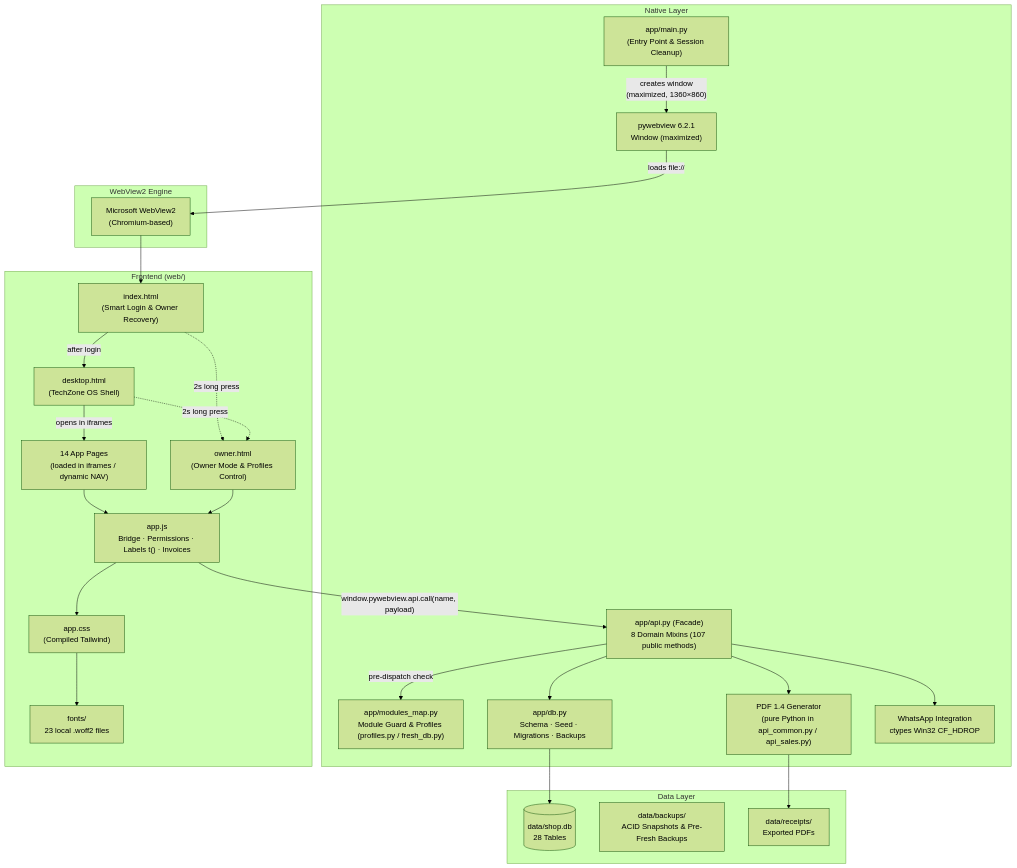
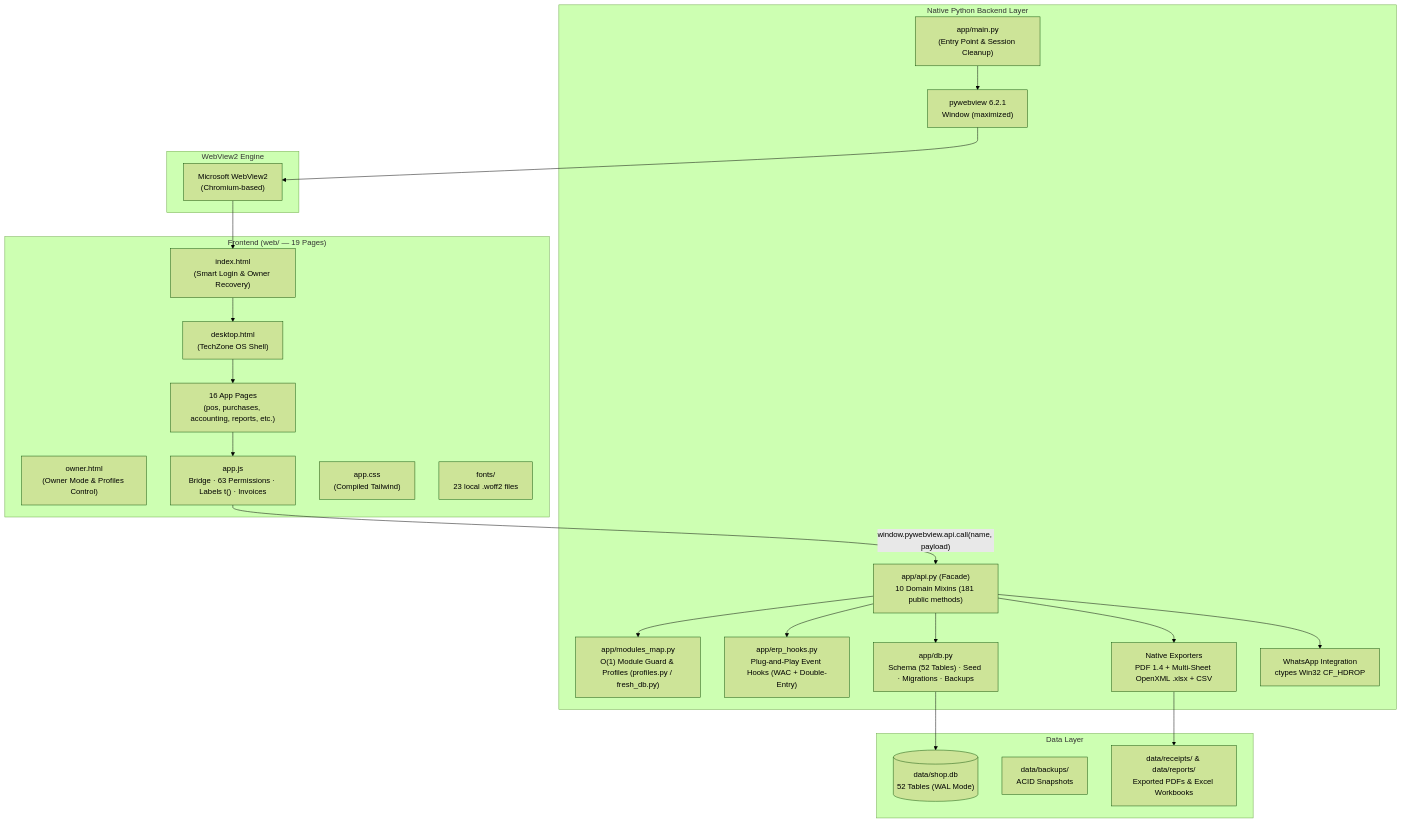
Before and after one commit to hany-hassan/TechZone-POS: the diagram in docs/ARCHITECTURE.md, drawn with Mermaid (forest theme). The commit also changed other lines of this file and 42 other files, not shown here.

Commit message:
Complete TechZone POS: customer debt ledger, vouchers, custom permissions, tax toggle, wallet ref, Egypt settings

````diff
--- a/docs/ARCHITECTURE.md
+++ b/docs/ARCHITECTURE.md
@@ -13,51 +32,41 @@
 ```mermaid
 flowchart TD
-    subgraph Native["Native Layer"]
+    subgraph Native["Native Python Backend Layer"]
         MAIN["app/main.py\n(Entry Point & Session Cleanup)"]
         PV["pywebview 6.2.1\nWindow (maximized)"]
-        API["app/api.py (Facade)\n8 Domain Mixins (107 public methods)"]
-        MODMAP["app/modules_map.py\nModule Guard & Profiles (profiles.py / fresh_db.py)"]
-        DB_MOD["app/db.py\nSchema · Seed · Migrations · Backups"]
-        PDF["PDF 1.4 Generator\n(pure Python in api_common.py / api_sales.py)"]
+        API["app/api.py (Facade)\n10 Domain Mixins (181 public methods)"]
+        MODMAP["app/modules_map.py\nO(1) Module Guard & Profiles (profiles.py / fresh_db.py)"]
+        HOOKS["app/erp_hooks.py\nPlug-and-Play Event Hooks (WAC + Double-Entry)"]
+        DB_MOD["app/db.py\nSchema (52 Tables) · Seed · Migrations · Backups"]
+        EXPORT["Native Exporters\nPDF 1.4 + Multi-Sheet OpenXML .xlsx + CSV"]
         WA["WhatsApp Integration\nctypes Win32 CF_HDROP"]
     end
 
     subgraph Engine["WebView2 Engine"]
         WV2["Microsoft WebView2\n(Chromium-based)"]
     end
 
-    subgraph Frontend["Frontend (web/)"]
+    subgraph Frontend["Frontend (web/ — 19 Pages)"]
         INDEX["index.html\n(Smart Login & Owner Recovery)"]
         DESKTOP["desktop.html\n(TechZone OS Shell)"]
         OWNER["owner.html\n(Owner Mode & Profiles Control)"]
-        PAGES["14 App Pages\n(loaded in iframes / dynamic NAV)"]
-        APPJS["app.js\nBridge · Permissions · Labels t() · Invoices"]
+        PAGES["16 App Pages\n(pos, purchases, accounting, reports, etc.)"]
+        APPJS["app.js\nBridge · 63 Permissions · Labels t() · Invoices"]
         APPCSS["app.css\n(Compiled Tailwind)"]
         FONTS["fonts/\n23 local .woff2 files"]
     end
 
     subgraph Data["Data Layer"]
-        SQLITE[("data/shop.db\n28 Tables")]
-        BACKUPS["data/backups/\nACID Snapshots & Pre-Fresh Backups"]
-        RECEIPTS["data/receipts/\nExported PDFs"]
+        SQLITE[("data/shop.db\n52 Tables (WAL Mode)")]
+        BACKUPS["data/backups/\nACID Snapshots"]
+        RECEIPTS["data/receipts/ & data/reports/\nExported PDFs & Excel Workbooks"]
     end
 
-    MAIN -->|"creates window\n(maximized, 1360×860)"| PV
-    PV -->|"loads file://"| WV2
-    WV2 --> INDEX
-    INDEX -->|"after login"| DESKTOP
-    INDEX -.->|"2s long press"| OWNER
-    DESKTOP -.->|"2s long press"| OWNER
-    DESKTOP -->|"opens in iframes"| PAGES
-    PAGES --> APPJS
-    OWNER --> APPJS
-    APPJS -->|"window.pywebview.api.call(name, payload)"| API
-    API -->|"pre-dispatch check"| MODMAP
-    API --> DB_MOD
-    DB_MOD --> SQLITE
-    API --> PDF
-    PDF --> RECEIPTS
+    MAIN --> PV --> WV2 --> INDEX --> DESKTOP --> PAGES
+    PAGES --> APPJS -->|"window.pywebview.api.call(name, payload)"| API
+    API --> MODMAP
+    API --> HOOKS
+    API --> DB_MOD --> SQLITE
+    API --> EXPORT --> RECEIPTS
     API --> WA
-    APPJS --> APPCSS
-    APPCSS --> FONTS
 ```
````
